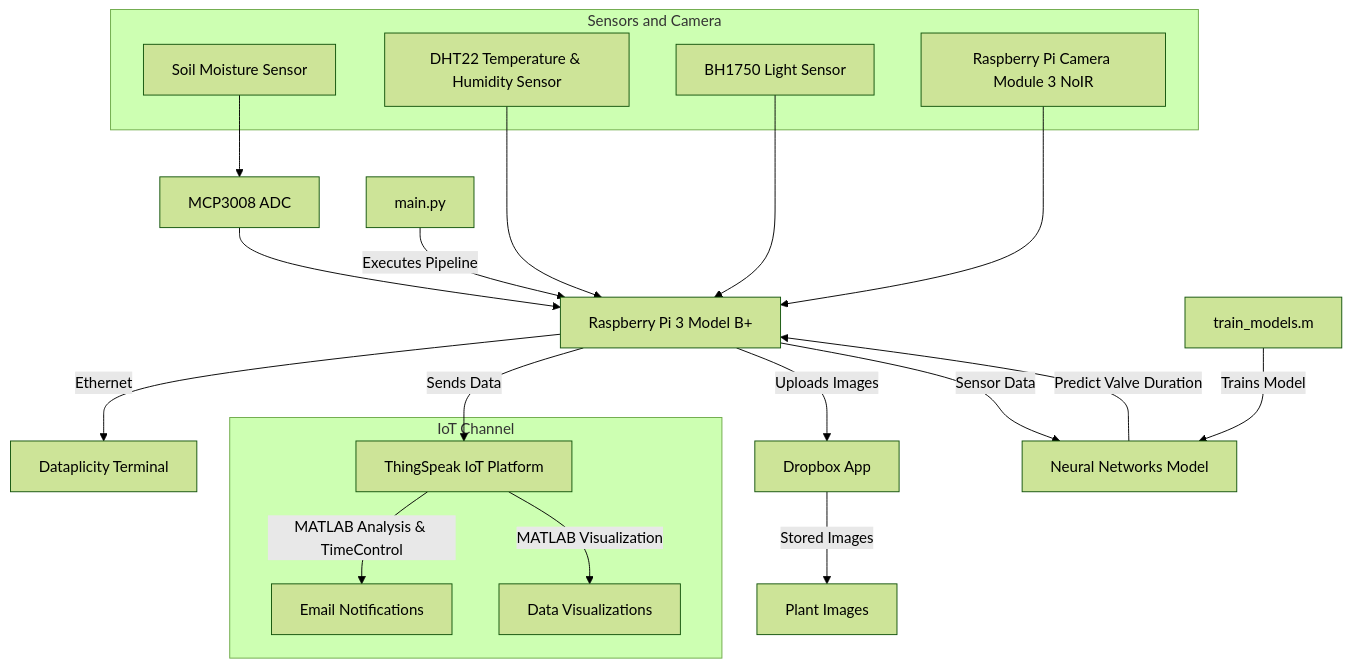
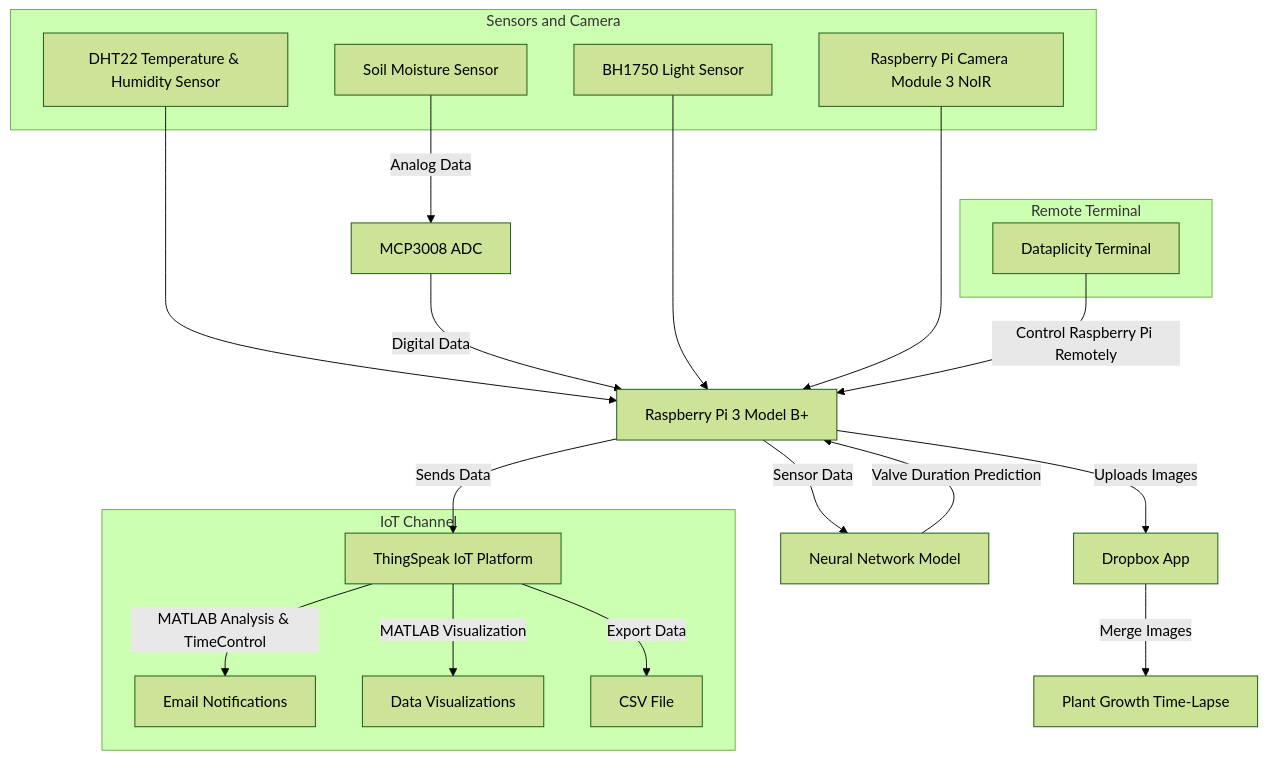
One commit to Gonzaleski/Smart-Watering-System changed the diagram in README.md. Above: the diagram before and after it, drawn with Mermaid (forest theme).

Commit message:
Update the workflow

````diff
--- a/README.md
+++ b/README.md
@@ -38,38 +38,39 @@
 ```mermaid
 flowchart TD
     subgraph Sensors and Camera
         A1[Soil Moisture Sensor]
         A2[DHT22 Temperature & Humidity Sensor]
         A4[BH1750 Light Sensor]
         A5[Raspberry Pi Camera Module 3 NoIR]
     end
 
     subgraph IoT Channel
         C1[ThingSpeak IoT Platform]
         F1[Email Notifications]
         F2[Data Visualizations]
         A5[Raspberry Pi Camera Module 3 NoIR]
+        C3[CSV File]
     end
 
-    A1 --> A3[MCP3008 ADC]
+    subgraph Remote Terminal
+        B2[Dataplicity Terminal]
+    end
+
+    A1 -->|Analog Data| A3[MCP3008 ADC]
     A2 --> B1[Raspberry Pi 3 Model B+]
-    A3 --> B1
+    A3 -->|Digital Data| B1
     A4 --> B1
     A5 --> B1
 
-    B1 -->|Ethernet| B2[Dataplicity Terminal]
     B1 -->|Sends Data| C1
     B1 -->|Uploads Images| C2[Dropbox App]
-    B1 -->|Sensor Data| D1[Neural Networks Model]
+    B1 -->|Sensor Data| D1[Neural Network Model]
+    B2 -->|Control Raspberry Pi Remotely| B1
 
     C1 -->|MATLAB Analysis & TimeControl| F1
     C1 -->|MATLAB Visualization| F2
-    C2 -->|Stored Images| F3[Plant Images]
+    C1 -->|Export Data| C3
+    C2 -->|Merge Images| F3[Plant Growth Time-Lapse]
 
-    D1 -->|Predict Valve Duration| B1
-
-    E1[main.py] -->|Executes Pipeline| B1
-    E2[train_models.m] -->|Trains Model| D1
-
-
+    D1 -->|Valve Duration Prediction| B1
 ```
````
